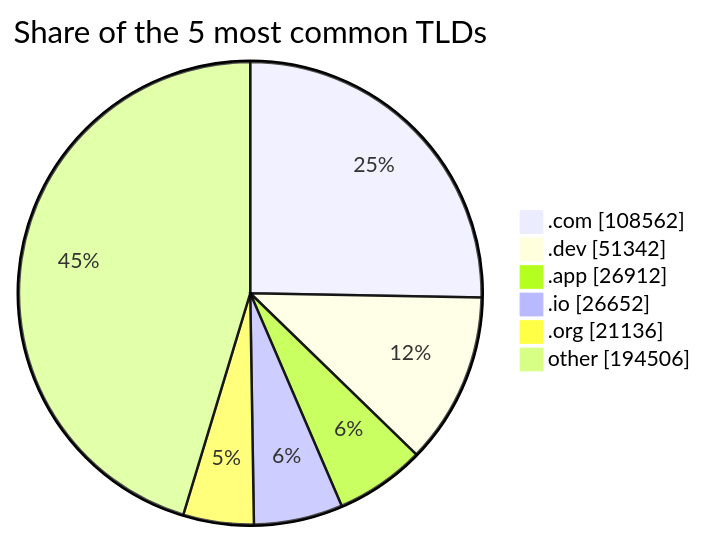
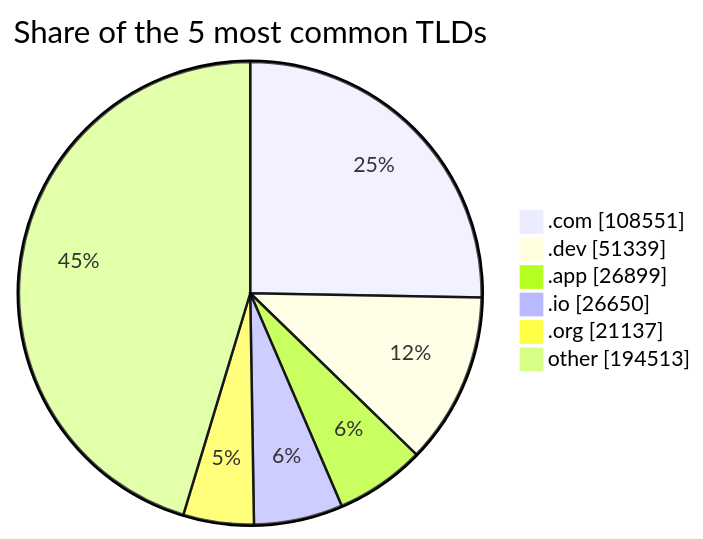
Before and after one commit to DNSBunker/CTI: the third of 3 diagrams in README.md, drawn with Mermaid. The commit also changed other lines of this file and 3 other files, not shown here.

````diff
--- a/README.md
+++ b/README.md
@@ -81,9 +81,9 @@
 ```mermaid
 pie showData title Share of the 5 most common TLDs
-    ".com" : 108562
-    ".dev" : 51342
-    ".app" : 26912
-    ".io" : 26652
-    ".org" : 21136
-    "other" : 194506
+    ".com" : 108551
+    ".dev" : 51339
+    ".app" : 26899
+    ".io" : 26650
+    ".org" : 21137
+    "other" : 194513
 ```
````
